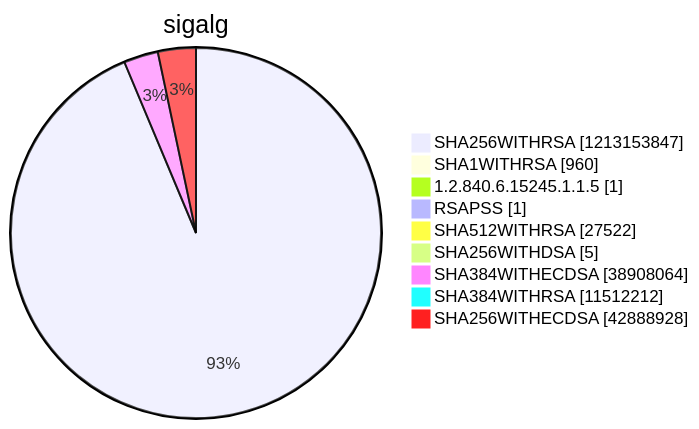
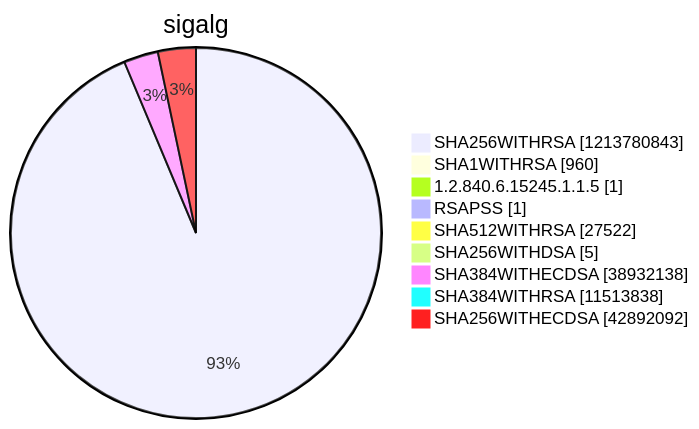
Diagram 15 of 15 in argon2022/README.md (christiankrug/ctmonitor_visualization), drawn with Mermaid before and after one commit. The commit also changed other lines of this file, not shown here.

````diff
--- a/argon2022/README.md
+++ b/argon2022/README.md
@@ -5520,13 +5520,13 @@
 ```mermaid
 pie showData
 title sigalg
-"SHA256WITHRSA" :1213153847
+"SHA256WITHRSA" :1213780843
 "SHA1WITHRSA" :960
 "1.2.840.6.15245.1.1.5" :1
 "RSAPSS" :1
 "SHA512WITHRSA" :27522
 "SHA256WITHDSA" :5
-"SHA384WITHECDSA" :38908064
-"SHA384WITHRSA" :11512212
-"SHA256WITHECDSA" :42888928
+"SHA384WITHECDSA" :38932138
+"SHA384WITHRSA" :11513838
+"SHA256WITHECDSA" :42892092
 ```
````
